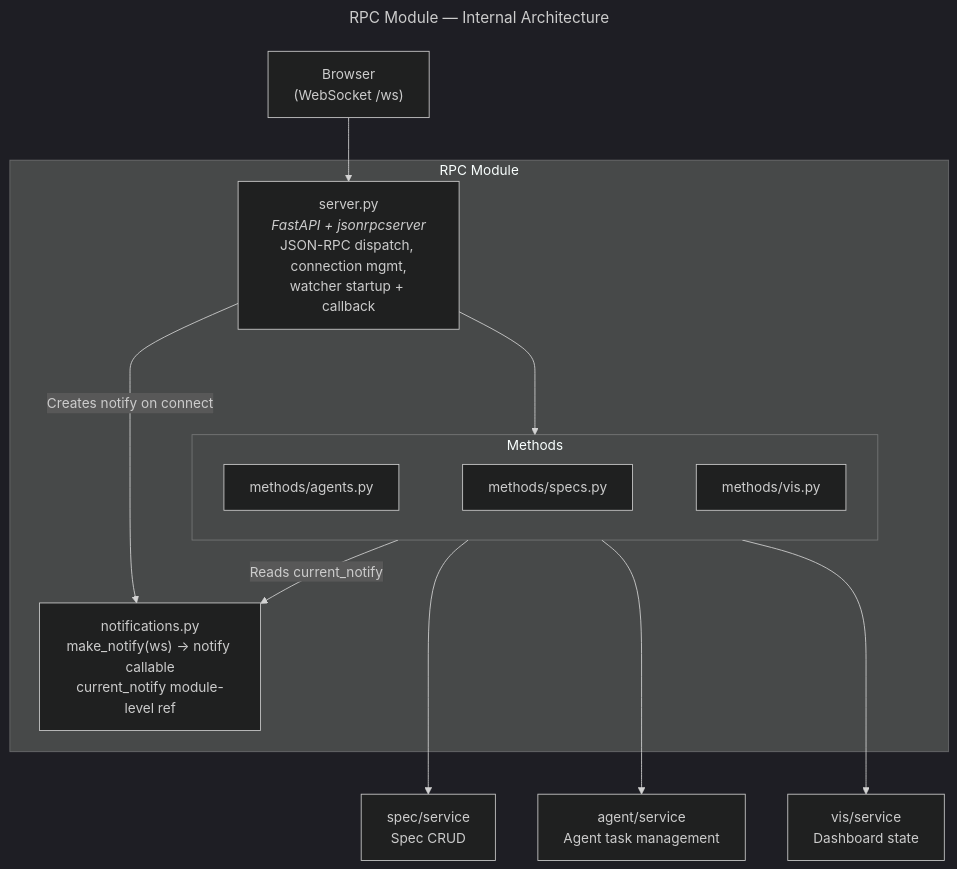
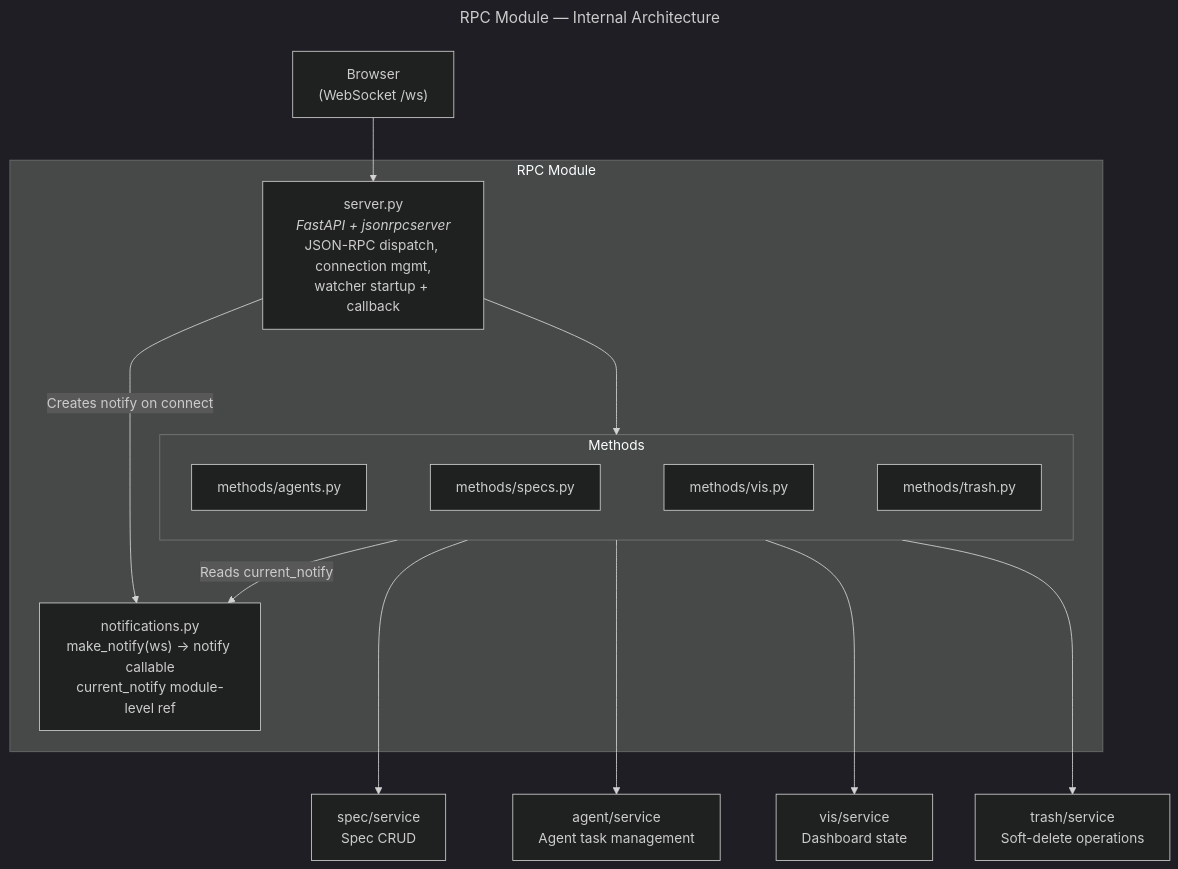
Before and after one commit to JetBrains/thinkrail: the first of 3 diagrams in backend/app/rpc/README.md, drawn with Mermaid (dark theme). The commit also changed other lines of this file and 28 other files, not shown here.

````diff
--- a/backend/app/rpc/README.md
+++ b/backend/app/rpc/README.md
@@ -150,31 +157,34 @@
 ```mermaid
 ---
 title: RPC Module — Internal Architecture
 ---
 graph TD
     Browser["Browser<br/>(WebSocket /ws)"]
 
     Browser --> Server
 
     subgraph RPCModule["RPC Module"]
         Server["server.py<br/><i>FastAPI + jsonrpcserver</i><br/>JSON-RPC dispatch, connection mgmt,<br/>watcher startup + callback"]
         subgraph Methods["Methods"]
           direction LR
           Specs["methods/specs.py"]
           Agents["methods/agents.py"]
           Vis["methods/vis.py"]
-          Agents ~~~ Specs ~~~ Vis
+          Trash["methods/trash.py"]
+          Agents ~~~ Specs ~~~ Vis ~~~ Trash
         end
         Server ---> Methods
         Server -- "Creates notify on connect" --> Notify["notifications.py<br/>make_notify(ws) → notify callable<br/>current_notify module-level ref"]
         Agents -- "Reads current_notify" --> Notify
     end
 
     SpecSvc["spec/service<br/>Spec CRUD"]
     AgentSvc["agent/service<br/>Agent task management"]
     VisSvc["vis/service<br/>Dashboard state"]
+    TrashSvc["trash/service<br/>Soft-delete operations"]
 
     Specs ---> SpecSvc
     Agents ---> AgentSvc
     Vis ---> VisSvc
+    Trash ---> TrashSvc
 ```
````
